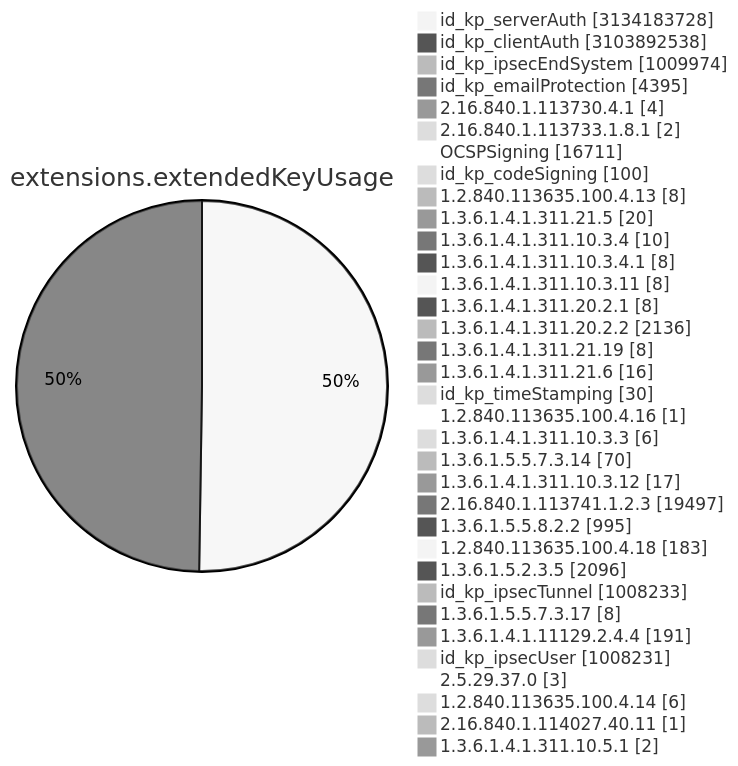
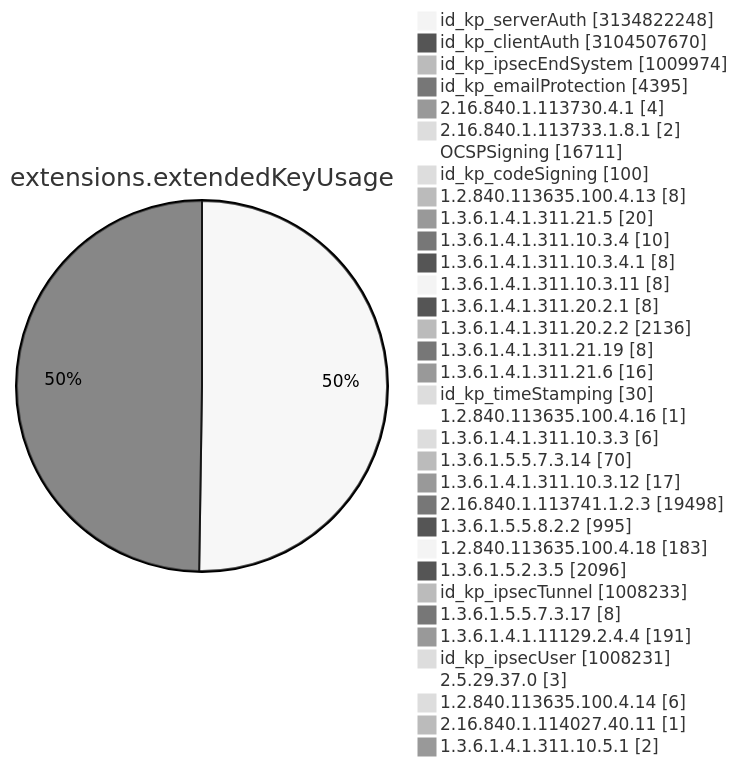
One commit to christiankrug/ctmonitor_visualization changed diagram 11 of 15 in TOTAL/README.md. Above: the diagram before and after it, drawn with Mermaid (neutral theme). The commit also changed other lines of this file, not shown here.

````diff
--- a/TOTAL/README.md
+++ b/TOTAL/README.md
@@ -4119,38 +4119,38 @@
 ```mermaid
 pie showData
 title extensions.extendedKeyUsage
-"id_kp_serverAuth" :3134183728
-"id_kp_clientAuth" :3103892538
+"id_kp_serverAuth" :3134822248
+"id_kp_clientAuth" :3104507670
 "id_kp_ipsecEndSystem" :1009974
 "id_kp_emailProtection" :4395
 "2.16.840.1.113730.4.1" :4
 "2.16.840.1.113733.1.8.1" :2
 "OCSPSigning" :16711
 "id_kp_codeSigning" :100
 "1.2.840.113635.100.4.13" :8
 "1.3.6.1.4.1.311.21.5" :20
 "1.3.6.1.4.1.311.10.3.4" :10
 "1.3.6.1.4.1.311.10.3.4.1" :8
 "1.3.6.1.4.1.311.10.3.11" :8
 "1.3.6.1.4.1.311.20.2.1" :8
 "1.3.6.1.4.1.311.20.2.2" :2136
 "1.3.6.1.4.1.311.21.19" :8
 "1.3.6.1.4.1.311.21.6" :16
 "id_kp_timeStamping" :30
 "1.2.840.113635.100.4.16" :1
 "1.3.6.1.4.1.311.10.3.3" :6
 "1.3.6.1.5.5.7.3.14" :70
 "1.3.6.1.4.1.311.10.3.12" :17
-"2.16.840.1.113741.1.2.3" :19497
+"2.16.840.1.113741.1.2.3" :19498
 "1.3.6.1.5.5.8.2.2" :995
 "1.2.840.113635.100.4.18" :183
 "1.3.6.1.5.2.3.5" :2096
 "id_kp_ipsecTunnel" :1008233
 "1.3.6.1.5.5.7.3.17" :8
 "1.3.6.1.4.1.11129.2.4.4" :191
 "id_kp_ipsecUser" :1008231
 "2.5.29.37.0" :3
 "1.2.840.113635.100.4.14" :6
 "2.16.840.1.114027.40.11" :1
 "1.3.6.1.4.1.311.10.5.1" :2
 ```
````
